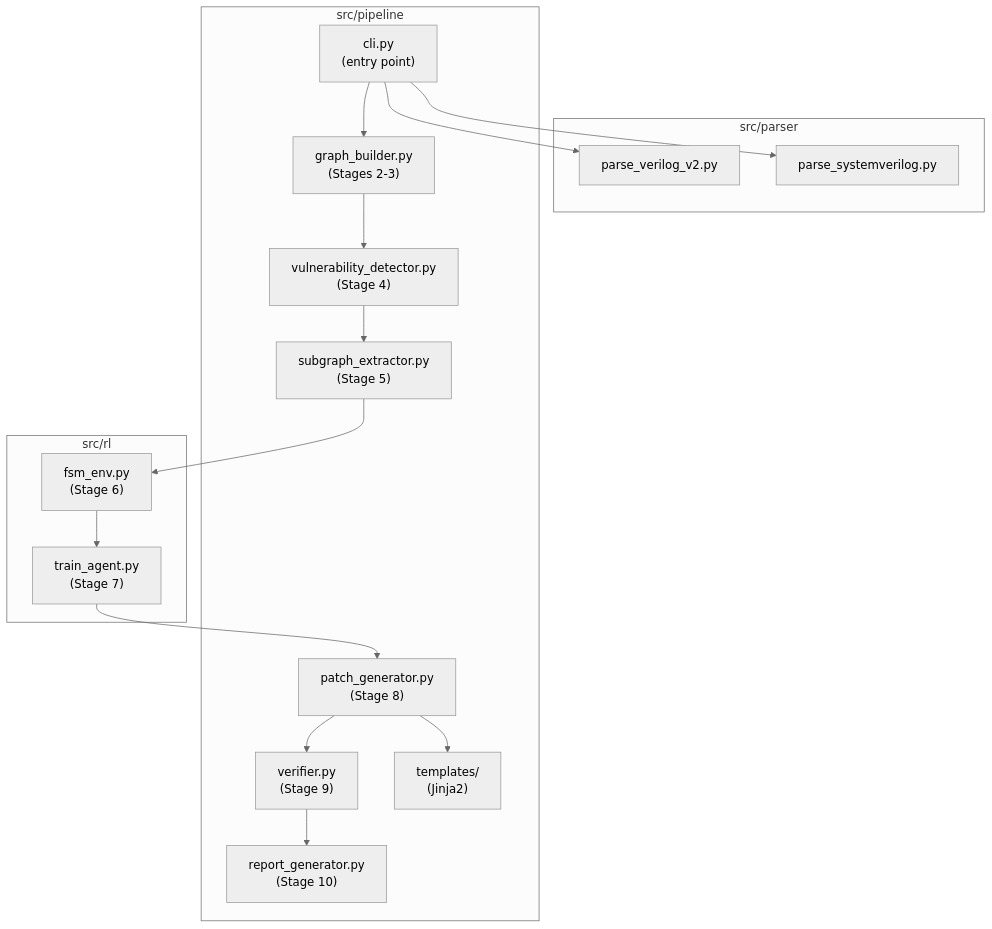
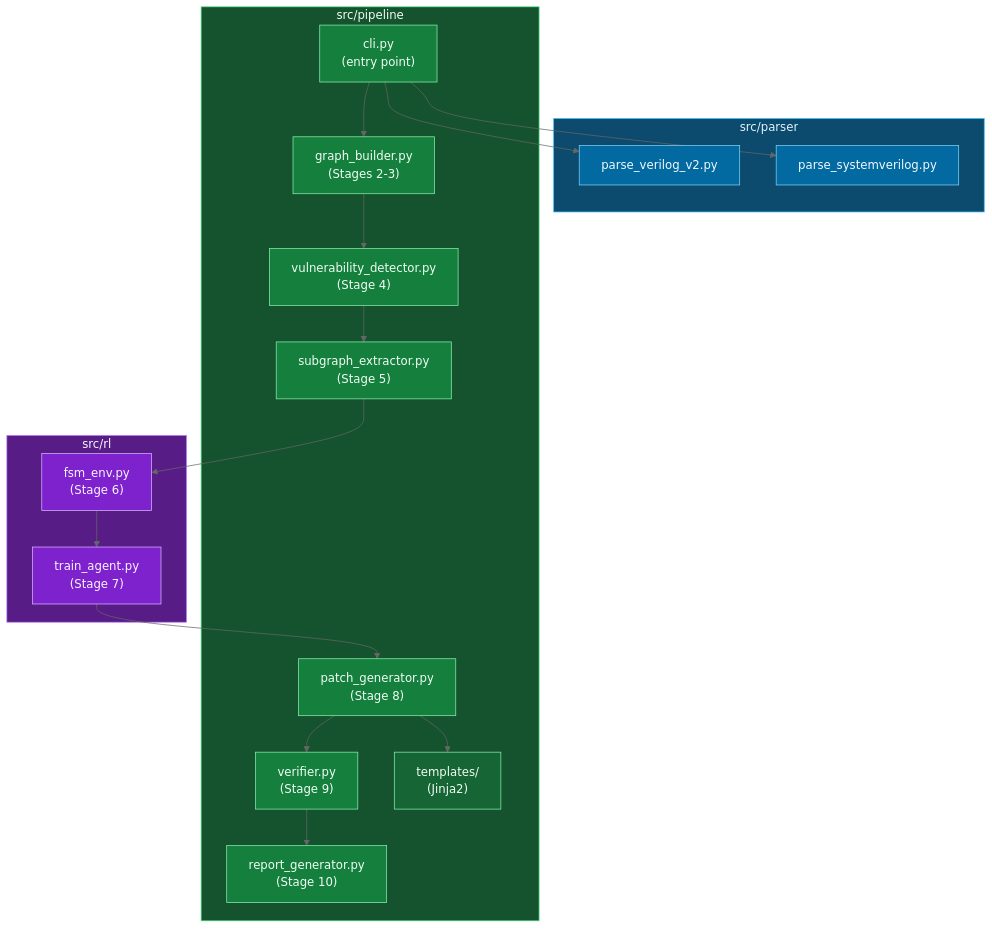
The third of 3 diagrams in README.md (SahebSandhuSingh/FSMGuard), drawn with Mermaid (neutral theme) before and after one commit. The commit also changed other lines of this file, not shown here.

Commit message:
docs: replace ASCII architecture diagram with detailed Mermaid flowcharts in README

````diff
--- a/README.md
+++ b/README.md
@@ -128,35 +191,53 @@
 ```mermaid
 flowchart TD
-    subgraph src/parser
+    subgraph PARSERPKG["src/parser"]
         PV["parse_verilog_v2.py"]
         PSV["parse_systemverilog.py"]
     end
 
-    subgraph src/pipeline
+    subgraph PIPEPKG["src/pipeline"]
         CLI["cli.py\n(entry point)"]
         GB["graph_builder.py\n(Stages 2-3)"]
         VD["vulnerability_detector.py\n(Stage 4)"]
         SE["subgraph_extractor.py\n(Stage 5)"]
         PG["patch_generator.py\n(Stage 8)"]
         VER["verifier.py\n(Stage 9)"]
         RG["report_generator.py\n(Stage 10)"]
         TPL["templates/\n(Jinja2)"]
     end
 
-    subgraph src/rl
+    subgraph RLPKG["src/rl"]
         ENV["fsm_env.py\n(Stage 6)"]
         TRAIN["train_agent.py\n(Stage 7)"]
     end
 
     CLI --> PV
     CLI --> PSV
     CLI --> GB
     GB --> VD
     VD --> SE
     SE --> ENV
     ENV --> TRAIN
     TRAIN --> PG
     PG --> TPL
     PG --> VER
     VER --> RG
+
+    style PARSERPKG fill:#0c4a6e,stroke:#38bdf8,color:#e0f2fe
+    style PV fill:#0369a1,stroke:#7dd3fc,color:#f0f9ff
+    style PSV fill:#0369a1,stroke:#7dd3fc,color:#f0f9ff
+
+    style PIPEPKG fill:#14532d,stroke:#4ade80,color:#f0fdf4
+    style CLI fill:#15803d,stroke:#86efac,color:#f0fdf4
+    style GB fill:#15803d,stroke:#86efac,color:#f0fdf4
+    style VD fill:#15803d,stroke:#86efac,color:#f0fdf4
+    style SE fill:#15803d,stroke:#86efac,color:#f0fdf4
+    style PG fill:#15803d,stroke:#86efac,color:#f0fdf4
+    style VER fill:#15803d,stroke:#86efac,color:#f0fdf4
+    style RG fill:#15803d,stroke:#86efac,color:#f0fdf4
+    style TPL fill:#166534,stroke:#86efac,color:#f0fdf4
+
+    style RLPKG fill:#581c87,stroke:#c084fc,color:#faf5ff
+    style ENV fill:#7e22ce,stroke:#d8b4fe,color:#faf5ff
+    style TRAIN fill:#7e22ce,stroke:#d8b4fe,color:#faf5ff
 ```
````
